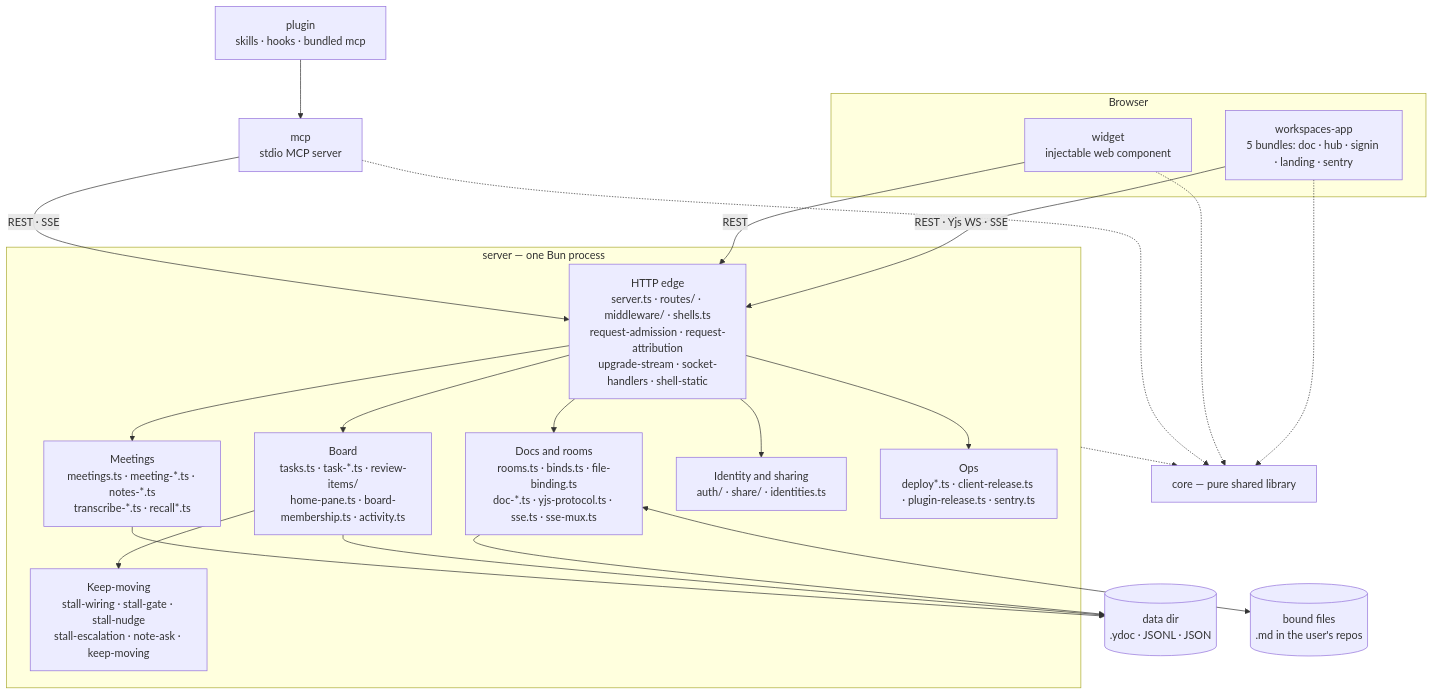
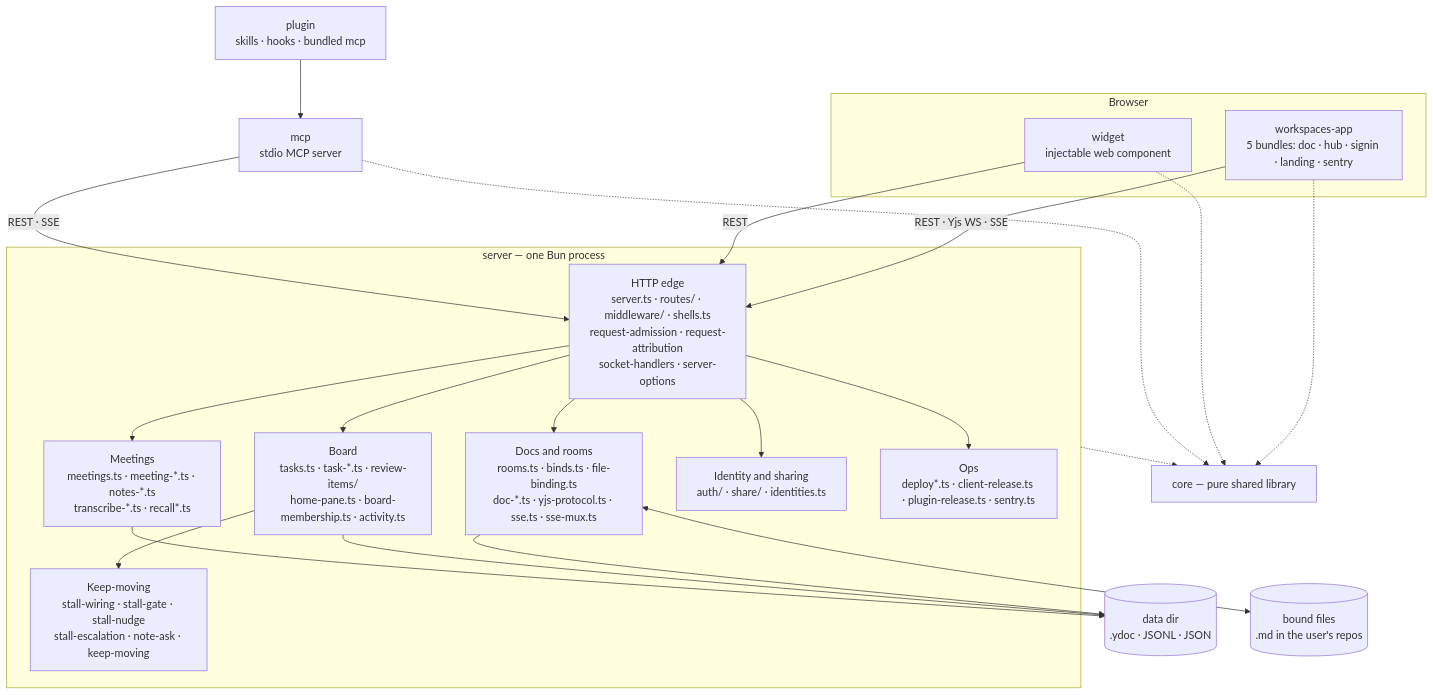
The first of 2 diagrams in docs/architecture/overview.md (fryanpan/claude-live-feedback-plugin), drawn with Mermaid before and after one commit. The commit also changed other lines of this file and 2 other files, not shown here.

````diff
--- a/docs/architecture/overview.md
+++ b/docs/architecture/overview.md
@@ -11,32 +11,32 @@
 ```mermaid
 flowchart TB
   subgraph browser[Browser]
     app["workspaces-app<br/>5 bundles: doc · hub · signin · landing · sentry"]
     wid["widget<br/>injectable web component"]
   end
   plug["plugin<br/>skills · hooks · bundled mcp"]
   mcp["mcp<br/>stdio MCP server"]
   subgraph srv["server — one Bun process"]
-    edge["HTTP edge<br/>server.ts · routes/ · middleware/ · shells.ts<br/>request-admission · request-attribution<br/>upgrade-stream · socket-handlers · shell-static"]
+    edge["HTTP edge<br/>server.ts · routes/ · middleware/ · shells.ts<br/>request-admission · request-attribution<br/>socket-handlers · server-options"]
     docs["Docs and rooms<br/>rooms.ts · binds.ts · file-binding.ts<br/>doc-*.ts · yjs-protocol.ts · sse.ts · sse-mux.ts"]
     board["Board<br/>tasks.ts · task-*.ts · review-items/<br/>home-pane.ts · board-membership.ts · activity.ts"]
     meet["Meetings<br/>meetings.ts · meeting-*.ts · notes-*.ts<br/>transcribe-*.ts · recall*.ts"]
     keep["Keep-moving<br/>stall-wiring · stall-gate · stall-nudge<br/>stall-escalation · note-ask · keep-moving"]
     ident["Identity and sharing<br/>auth/ · share/ · identities.ts"]
     ops["Ops<br/>deploy*.ts · client-release.ts · plugin-release.ts · sentry.ts"]
   end
   core["core — pure shared library"]
   disk[("data dir<br/>.ydoc · JSONL · JSON")]
   files[("bound files<br/>.md in the user's repos")]
 
   app -->|"REST · Yjs WS · SSE"| edge
   wid -->|REST| edge
   plug --> mcp
   mcp -->|"REST · SSE"| edge
   edge --> docs & board & meet & ident & ops
   board --> keep
   docs <--> files
   docs & board & meet --> disk
   app & wid & mcp -.-> core
   srv -.-> core
 ```
````
